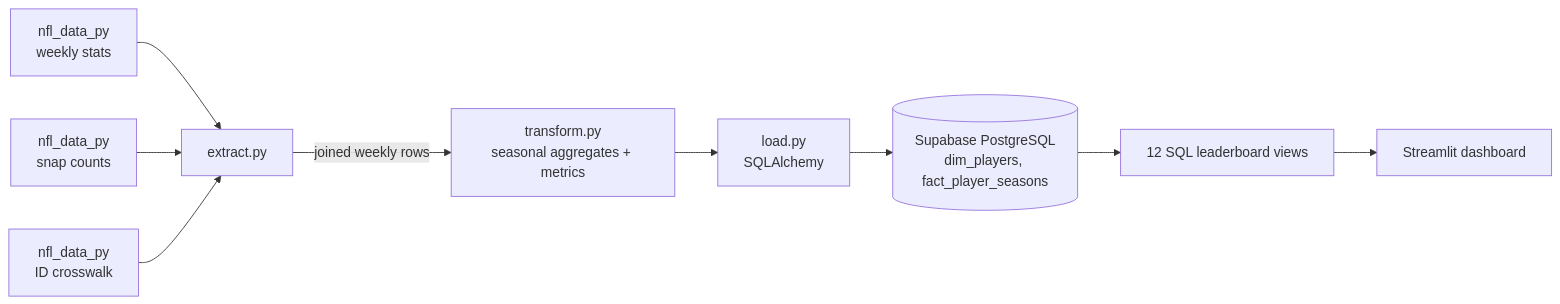
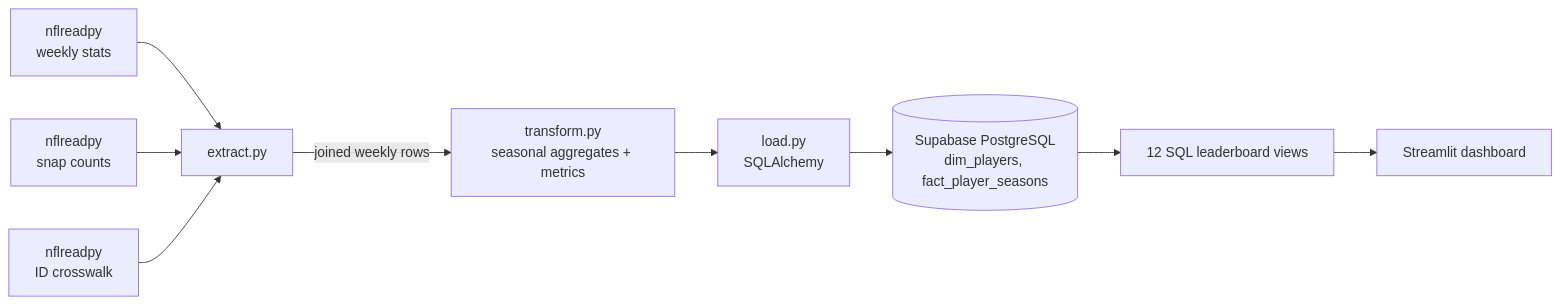
Before and after one commit to Sunny53/nfl-stats-pipeline: the first of 2 diagrams in README.md, drawn with Mermaid. The commit also changed other lines of this file and 4 other files, not shown here.

Commit message:
Add extract data-quality logging and migrate to nflreadpy

````diff
--- a/README.md
+++ b/README.md
@@ -13,11 +13,11 @@
 ```mermaid
 flowchart LR
-    A[nfl_data_py<br/>weekly stats] --> E[extract.py]
-    B[nfl_data_py<br/>snap counts] --> E
-    C[nfl_data_py<br/>ID crosswalk] --> E
+    A[nflreadpy<br/>weekly stats] --> E[extract.py]
+    B[nflreadpy<br/>snap counts] --> E
+    C[nflreadpy<br/>ID crosswalk] --> E
     E -->|joined weekly rows| T[transform.py<br/>seasonal aggregates + metrics]
     T --> L[load.py<br/>SQLAlchemy]
     L --> D[(Supabase PostgreSQL<br/>dim_players, fact_player_seasons)]
     D --> V[12 SQL leaderboard views]
     V --> S[Streamlit dashboard]
 ```
````
